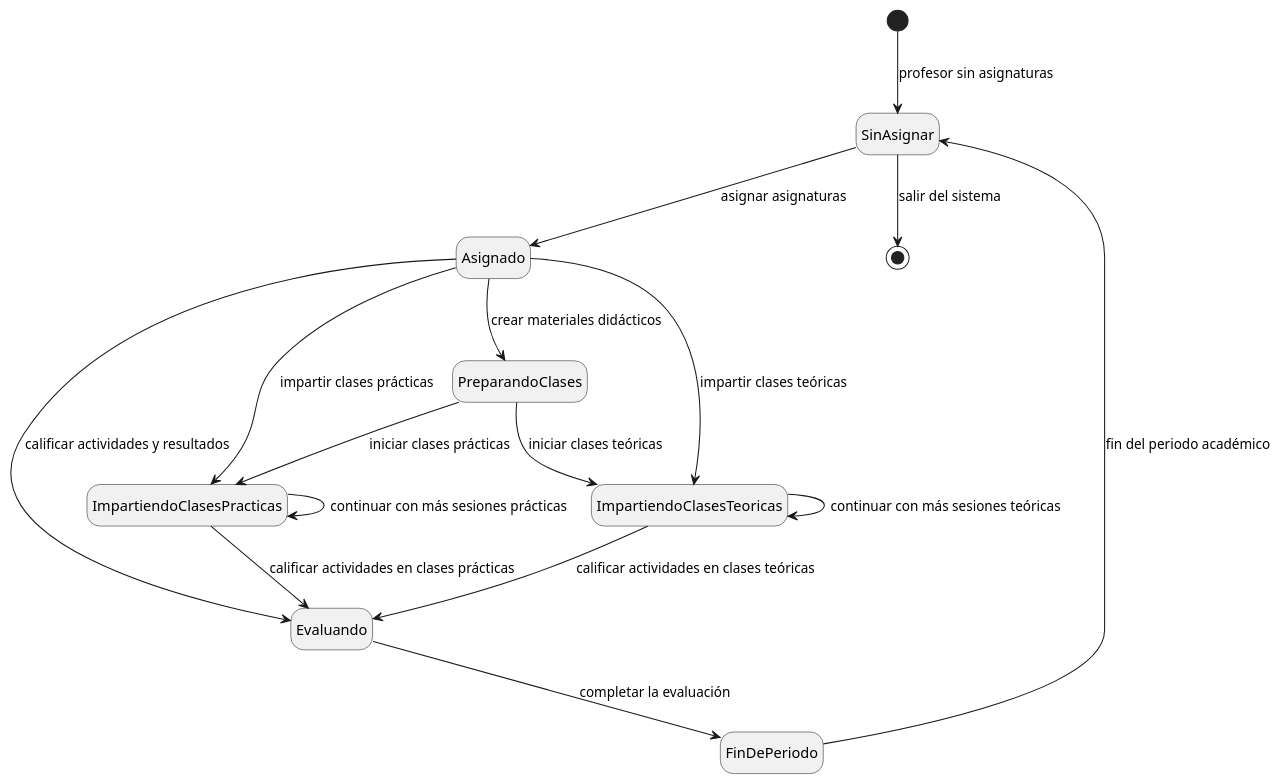
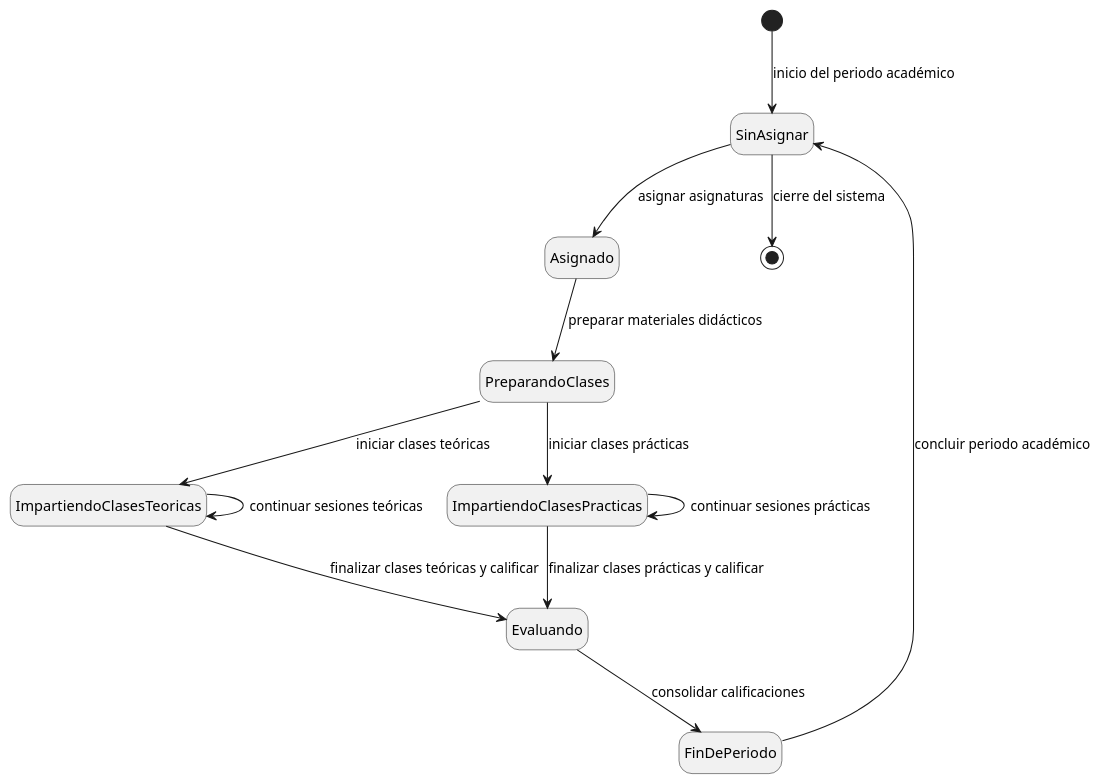
The diagram in Documentos/diagramaDeEstados/Profesor/cicloDeVidaProfesor.puml (mmasias/24-25-IdSw1-SDR), drawn with PlantUML before and after one commit.

```diff
--- a/Documentos/diagramaDeEstados/Profesor/cicloDeVidaProfesor.puml
+++ b/Documentos/diagramaDeEstados/Profesor/cicloDeVidaProfesor.puml
@@ -1,25 +1,21 @@
 @startuml
 hide empty description
 
-[*] --> SinAsignar : profesor sin asignaturas
+[*] --> SinAsignar : inicio del periodo académico
 SinAsignar --> Asignado : asignar asignaturas
 
-Asignado --> PreparandoClases : crear materiales didácticos
-Asignado --> ImpartiendoClasesTeoricas : impartir clases teóricas
-Asignado --> ImpartiendoClasesPracticas : impartir clases prácticas
-Asignado --> Evaluando : calificar actividades y resultados
-
+Asignado --> PreparandoClases : preparar materiales didácticos
 PreparandoClases --> ImpartiendoClasesTeoricas : iniciar clases teóricas
 PreparandoClases --> ImpartiendoClasesPracticas : iniciar clases prácticas
 
-ImpartiendoClasesTeoricas --> ImpartiendoClasesTeoricas : continuar con más sesiones teóricas
-ImpartiendoClasesTeoricas --> Evaluando : calificar actividades en clases teóricas
+ImpartiendoClasesTeoricas --> ImpartiendoClasesTeoricas : continuar sesiones teóricas
+ImpartiendoClasesTeoricas --> Evaluando : finalizar clases teóricas y calificar
 
-ImpartiendoClasesPracticas --> ImpartiendoClasesPracticas : continuar con más sesiones prácticas
-ImpartiendoClasesPracticas --> Evaluando : calificar actividades en clases prácticas
+ImpartiendoClasesPracticas --> ImpartiendoClasesPracticas : continuar sesiones prácticas
+ImpartiendoClasesPracticas --> Evaluando : finalizar clases prácticas y calificar
 
-Evaluando --> FinDePeriodo : completar la evaluación
-FinDePeriodo --> SinAsignar : fin del periodo académico
-SinAsignar --> [*] : salir del sistema
+Evaluando --> FinDePeriodo : consolidar calificaciones
+FinDePeriodo --> SinAsignar : concluir periodo académico
+SinAsignar --> [*] : cierre del sistema
 
 @enduml
```
